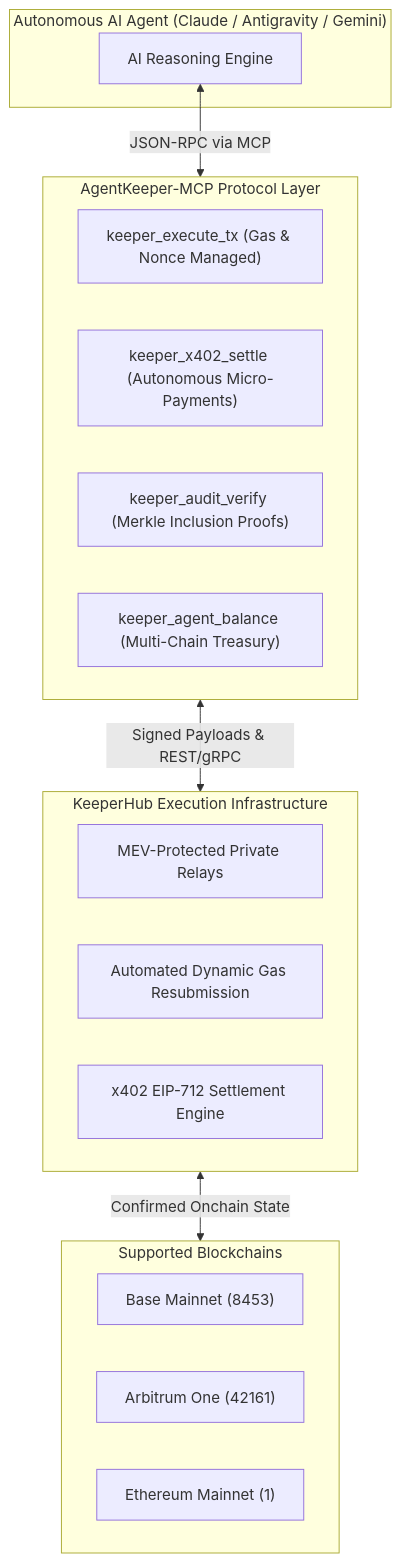
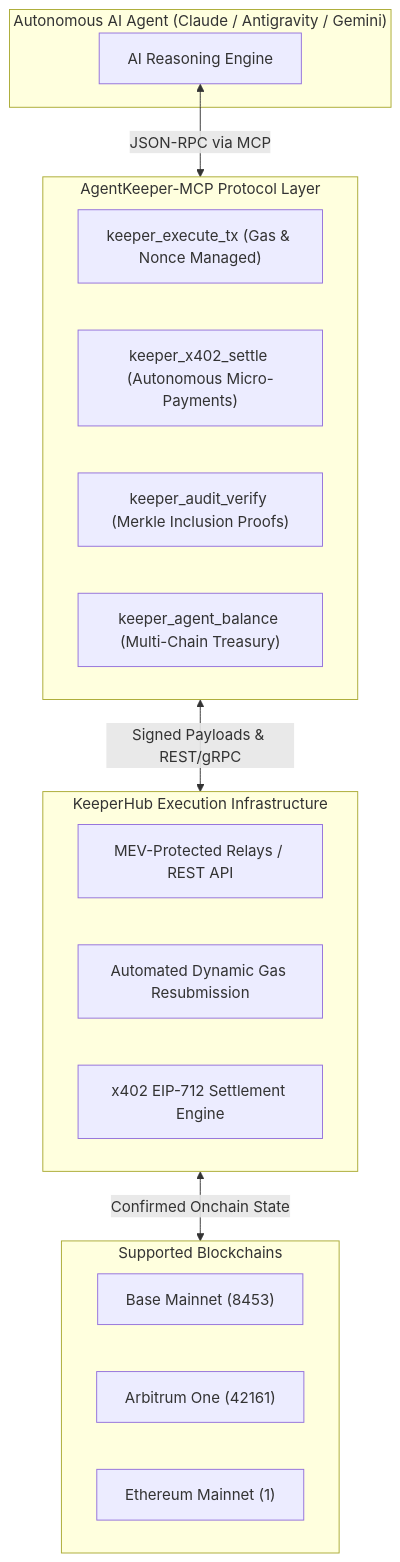
Before and after one commit to Ishant5436/agent-keeper-mcp: the diagram in README.md, drawn with Mermaid. The commit also changed other lines of this file and 2 other files, not shown here.

````diff
--- a/README.md
+++ b/README.md
@@ -14,29 +14,29 @@
 ```mermaid
 flowchart TD
     subgraph AgentLayer["Autonomous AI Agent (Claude / Antigravity / Gemini)"]
         AI["AI Reasoning Engine"]
     end
 
     subgraph MCP["AgentKeeper-MCP Protocol Layer"]
         T1["keeper_execute_tx (Gas & Nonce Managed)"]
         T2["keeper_x402_settle (Autonomous Micro-Payments)"]
         T3["keeper_audit_verify (Merkle Inclusion Proofs)"]
         T4["keeper_agent_balance (Multi-Chain Treasury)"]
     end
 
     subgraph KeeperHub["KeeperHub Execution Infrastructure"]
-        R1["MEV-Protected Private Relays"]
+        R1["MEV-Protected Relays / REST API"]
         R2["Automated Dynamic Gas Resubmission"]
         R3["x402 EIP-712 Settlement Engine"]
     end
 
     subgraph Blockchains["Supported Blockchains"]
         E1["Base Mainnet (8453)"]
         E2["Arbitrum One (42161)"]
         E3["Ethereum Mainnet (1)"]
     end
 
     AI <-->|JSON-RPC via MCP| MCP
     MCP <-->|Signed Payloads & REST/gRPC| KeeperHub
     KeeperHub <-->|Confirmed Onchain State| Blockchains
 ```
````
